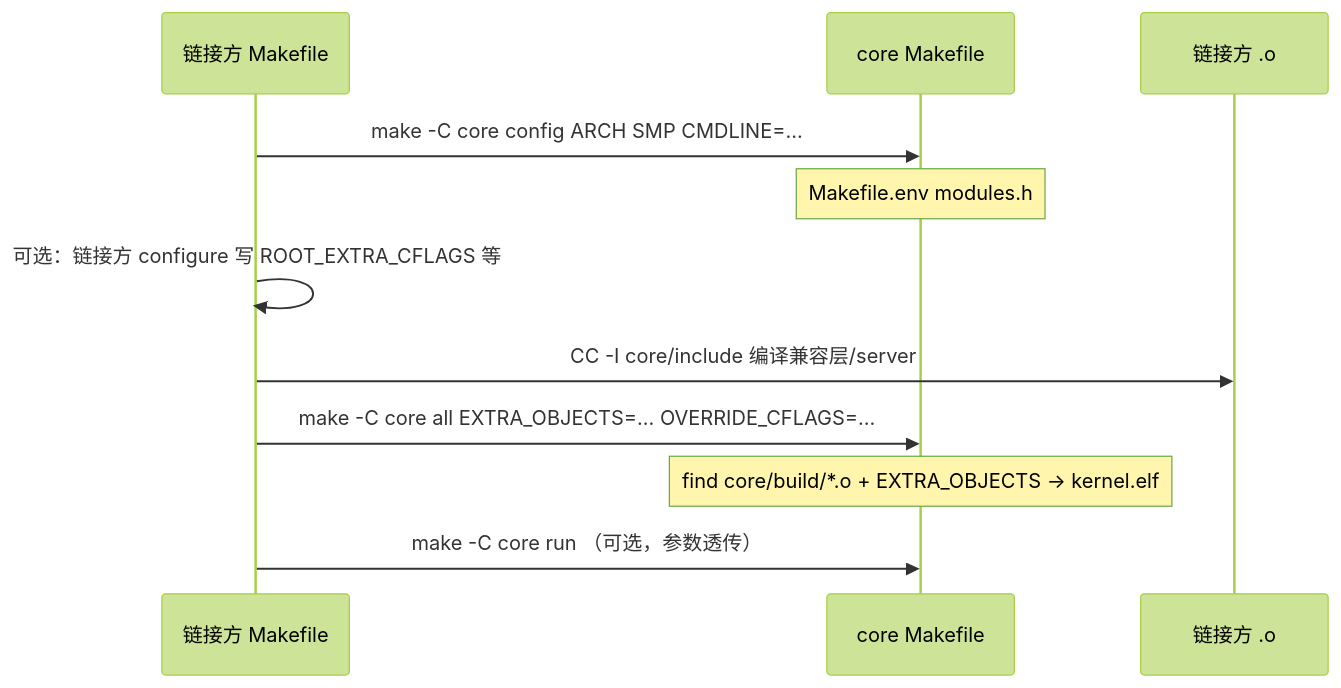
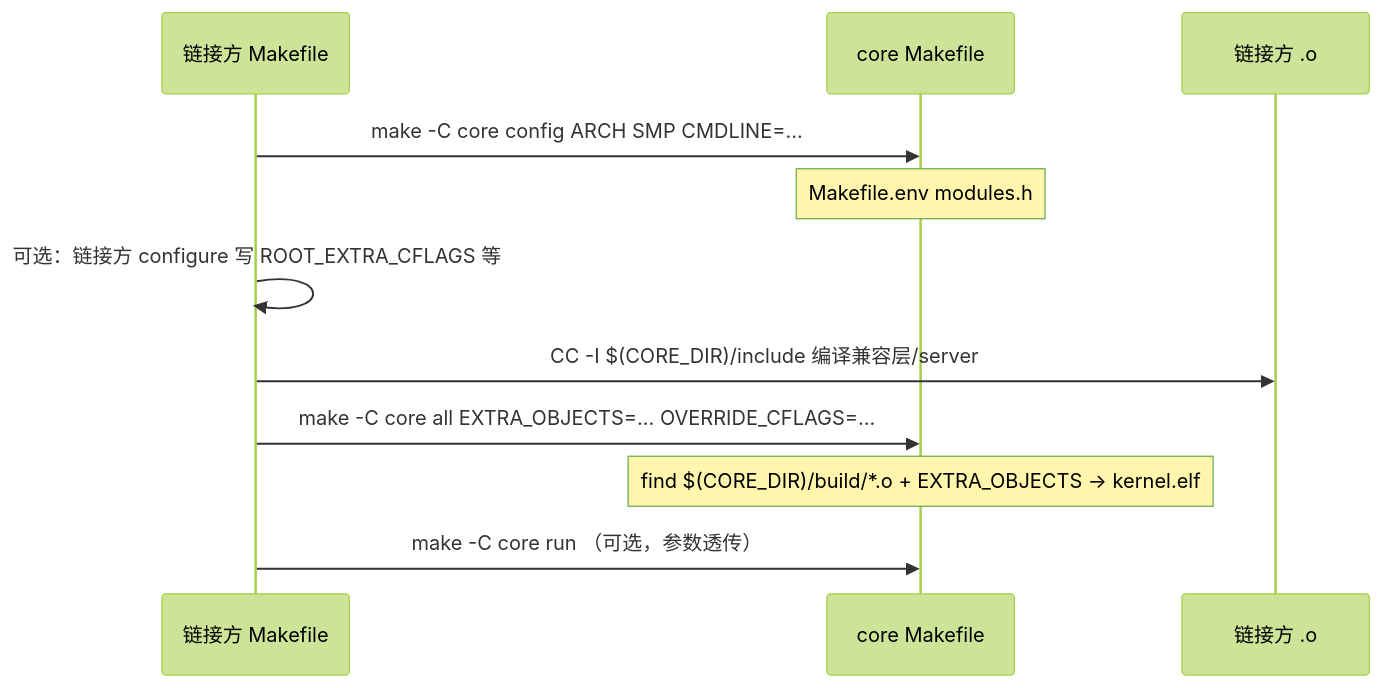
Before and after one commit to ZhiyuanSue/RendezvOS: the second of 2 diagrams in docs/v0.1/full/00-总览/构建与链接.md, drawn with Mermaid (forest theme). The commit also changed other lines of this file and 49 other files, not shown here.

````diff
--- a/docs/v0.1/full/00-总览/构建与链接.md
+++ b/docs/v0.1/full/00-总览/构建与链接.md
@@ -170,14 +235,14 @@
 ```mermaid
 sequenceDiagram
   participant L as 链接方 Makefile
   participant C as core Makefile
   participant O as 链接方 .o
 
   L->>C: make -C core config ARCH SMP CMDLINE=...
   Note over C: Makefile.env modules.h
   L->>L: 可选：链接方 configure 写 ROOT_EXTRA_CFLAGS 等
-  L->>O: CC -I core/include 编译兼容层/server
+  L->>O: CC -I $(CORE_DIR)/include 编译兼容层/server
   L->>C: make -C core all EXTRA_OBJECTS=... OVERRIDE_CFLAGS=...
-  Note over C: find core/build/*.o + EXTRA_OBJECTS → kernel.elf
+  Note over C: find $(CORE_DIR)/build/*.o + EXTRA_OBJECTS → kernel.elf
   L->>C: make -C core run （可选，参数透传）
 ```
````
